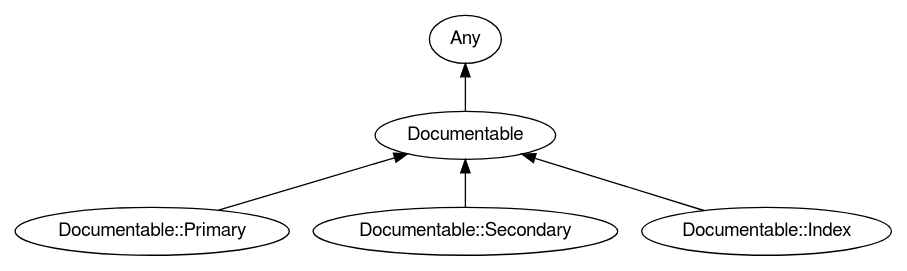
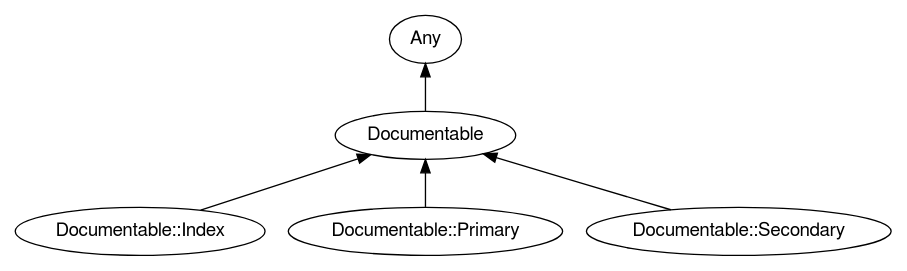
One commit to tbrowder/Documentable changed the diagram in images/type-graph-Documentable.svg.dot. Above: the diagram before and after it, drawn with Graphviz. The commit also changed other lines of this file and 13 other files, not shown here.

```diff
--- a/images/type-graph-Documentable.svg.dot
+++ b/images/type-graph-Documentable.svg.dot
@@ -1,19 +1,19 @@
 digraph "perl6-type-graph" {
     rankdir=BT;
     splines=polyline;
     overlap=false; 
     // Types
     "Documentable" [color="#000000", fontcolor="#000000", href="/type/Documentable", fontname="FreeSans"];
     "Any" [color="#000000", fontcolor="#000000", href="/type/Any", fontname="FreeSans"];
+    "Documentable::Index" [color="#000000", fontcolor="#000000", href="/type/Documentable::Index", fontname="FreeSans"];
     "Documentable::Primary" [color="#000000", fontcolor="#000000", href="/type/Documentable::Primary", fontname="FreeSans"];
     "Documentable::Secondary" [color="#000000", fontcolor="#000000", href="/type/Documentable::Secondary", fontname="FreeSans"];
-    "Documentable::Index" [color="#000000", fontcolor="#000000", href="/type/Documentable::Index", fontname="FreeSans"];
 
     // Superclasses
     "Documentable" -> "Any" [color="#000000"];
+    "Documentable::Index" -> "Documentable" [color="#000000"];
     "Documentable::Primary" -> "Documentable" [color="#000000"];
     "Documentable::Secondary" -> "Documentable" [color="#000000"];
-    "Documentable::Index" -> "Documentable" [color="#000000"];
 
     // Roles
 }
```
